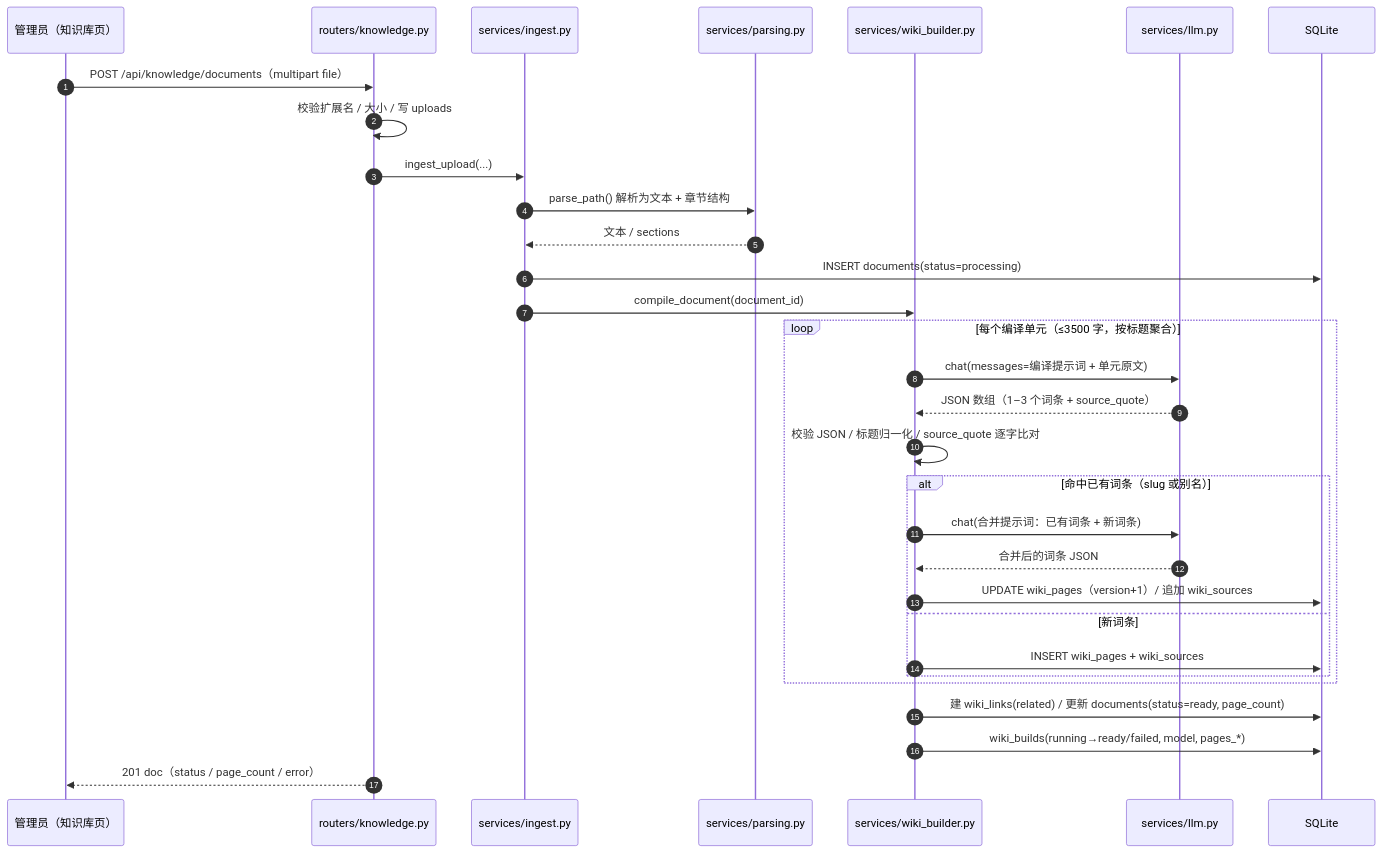
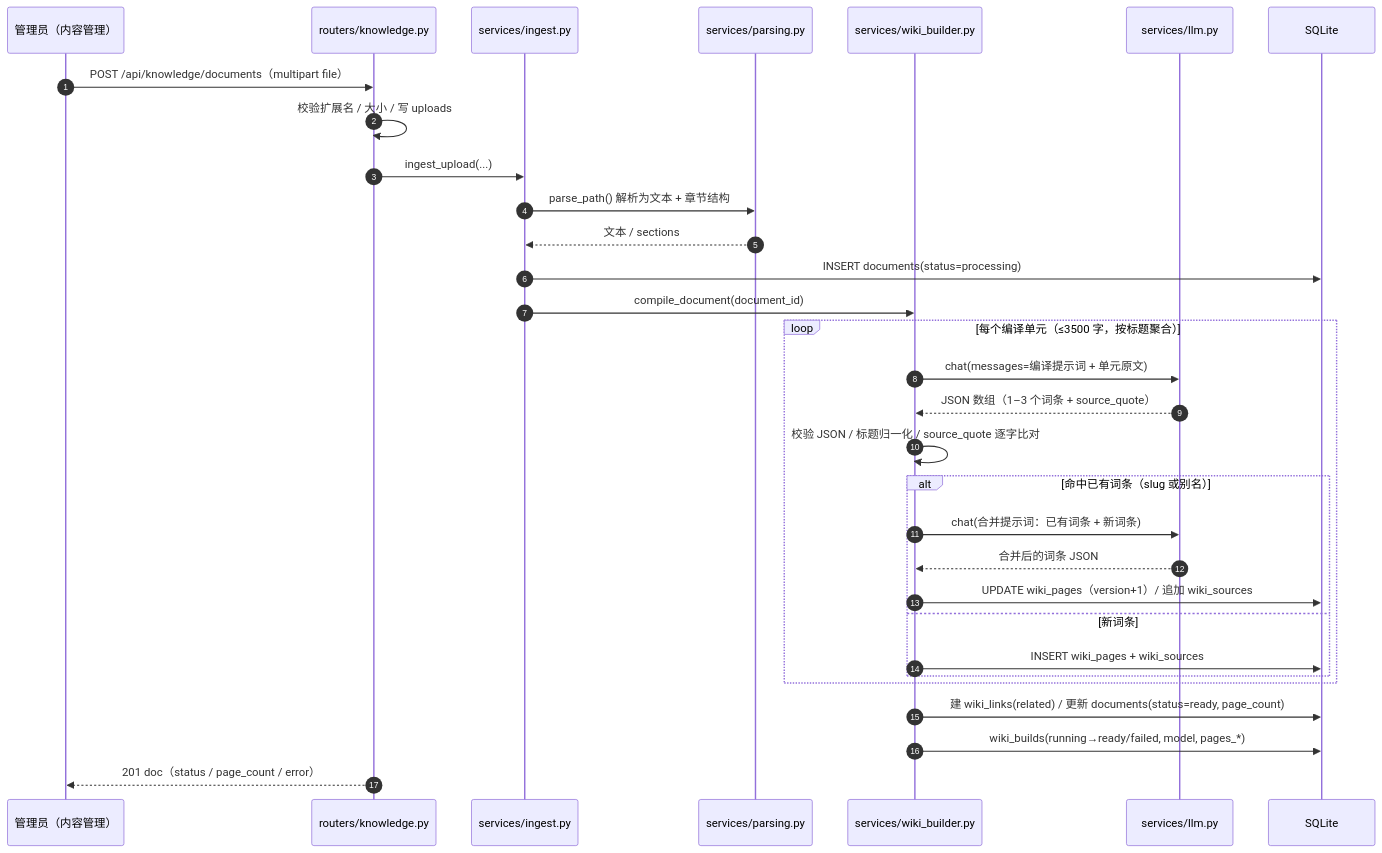
The second of 5 diagrams in docs/ARCHITECTURE.md (kaijiefeng/NPU-Assistant), drawn with Mermaid before and after one commit. The commit also changed other lines of this file and 46 other files, not shown here.

````diff
--- a/docs/ARCHITECTURE.md
+++ b/docs/ARCHITECTURE.md
@@ -97,34 +97,34 @@
 ```mermaid
 sequenceDiagram
     autonumber
-    participant U as 管理员（知识库页）
+    participant U as 管理员（内容管理）
     participant K as routers/knowledge.py
     participant I as services/ingest.py
     participant P as services/parsing.py
     participant B as services/wiki_builder.py
     participant L as services/llm.py
     participant D as SQLite
 
     U->>K: POST /api/knowledge/documents（multipart file）
     K->>K: 校验扩展名 / 大小 / 写 uploads
     K->>I: ingest_upload(...)
     I->>P: parse_path() 解析为文本 + 章节结构
     P-->>I: 文本 / sections
     I->>D: INSERT documents(status=processing)
     I->>B: compile_document(document_id)
     loop 每个编译单元（≤3500 字，按标题聚合）
         B->>L: chat(messages=编译提示词 + 单元原文)
         L-->>B: JSON 数组（1–3 个词条 + source_quote）
         B->>B: 校验 JSON / 标题归一化 / source_quote 逐字比对
         alt 命中已有词条（slug 或别名）
             B->>L: chat(合并提示词：已有词条 + 新词条)
             L-->>B: 合并后的词条 JSON
             B->>D: UPDATE wiki_pages（version+1）/ 追加 wiki_sources
         else 新词条
             B->>D: INSERT wiki_pages + wiki_sources
         end
     end
     B->>D: 建 wiki_links(related) / 更新 documents(status=ready, page_count)
     B->>D: wiki_builds(running→ready/failed, model, pages_*)
     K-->>U: 201 doc（status / page_count / error）
 ```
````
